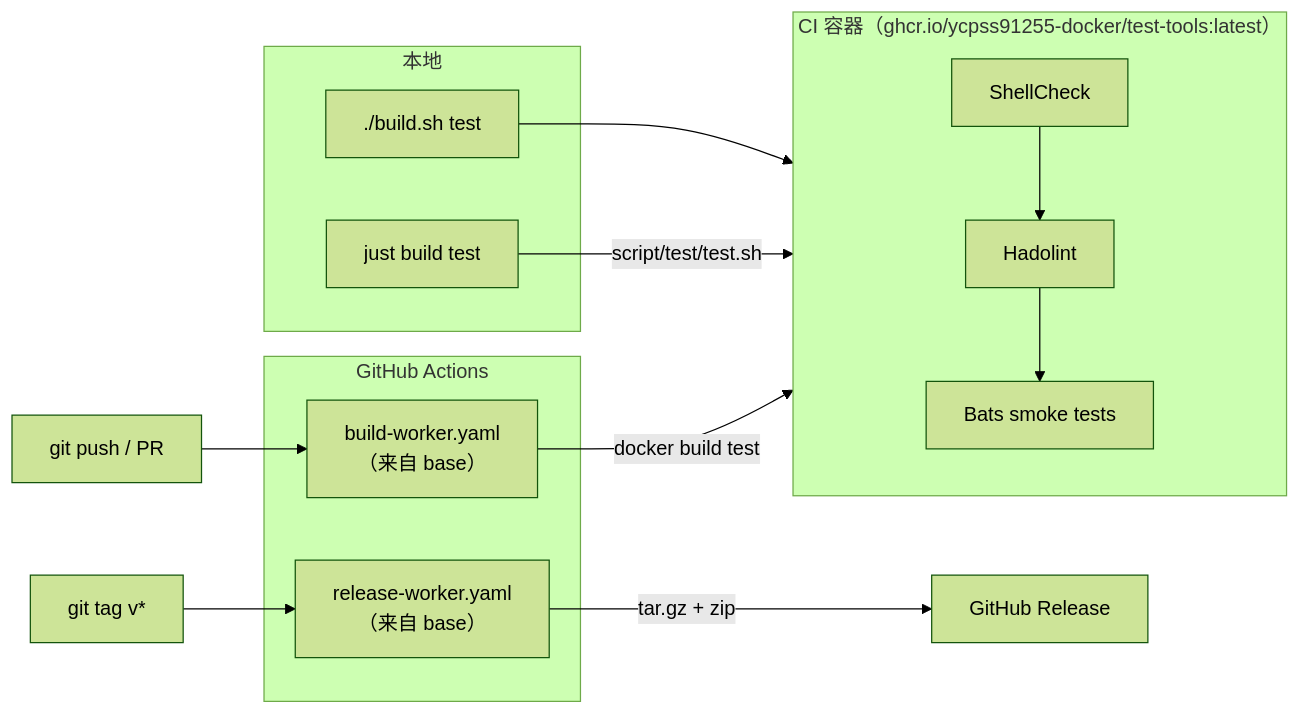
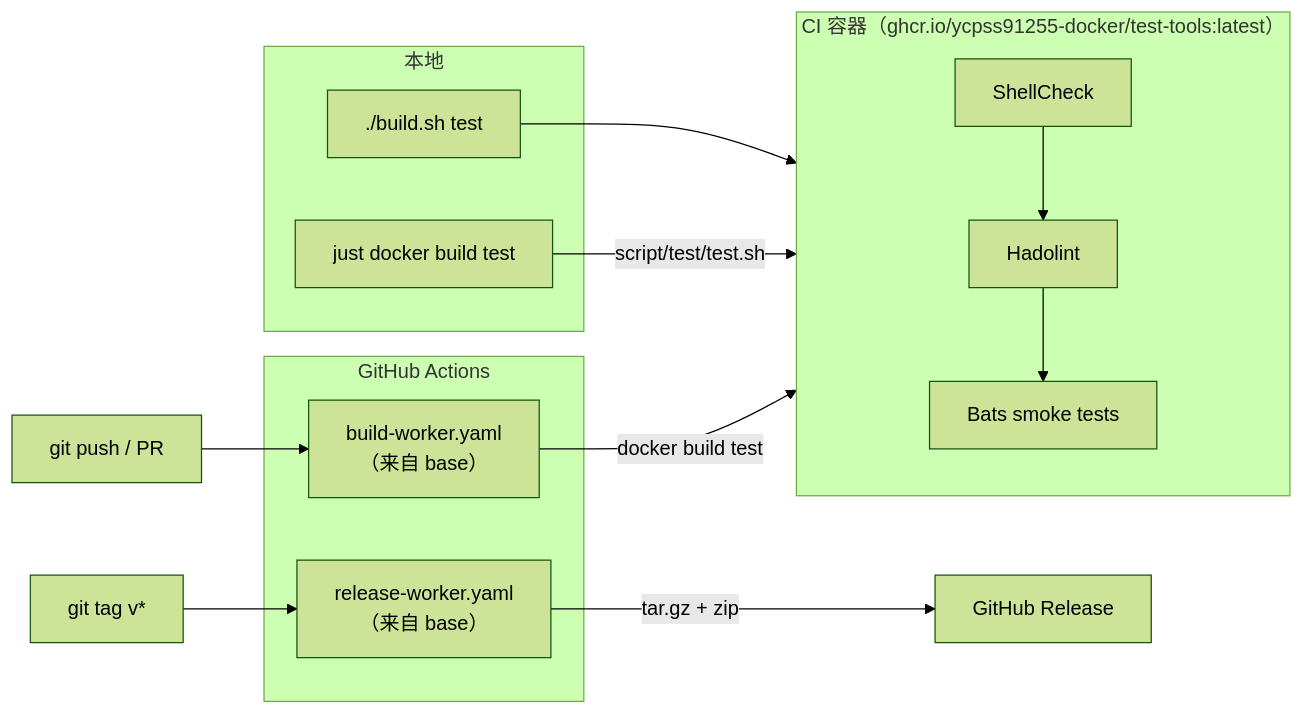
One commit to ycpss91255-docker/base changed the second of 2 diagrams in doc/readme/README.zh-CN.md. Above: the diagram before and after it, drawn with Mermaid (forest theme). The commit also changed other lines of this file and 15 other files, not shown here.

````diff
--- a/doc/readme/README.zh-CN.md
+++ b/doc/readme/README.zh-CN.md
@@ -104,27 +104,27 @@
 ```mermaid
 flowchart LR
     subgraph local["本地"]
         build_test["./build.sh test"]
-        make_test["just build test"]
+        make_test["just docker build test"]
     end
 
     subgraph ci_container["CI 容器（ghcr.io/ycpss91255-docker/test-tools:latest）"]
         shellcheck["ShellCheck"]
         hadolint["Hadolint"]
         bats["Bats smoke tests"]
     end
 
     subgraph github["GitHub Actions"]
         build_worker["build-worker.yaml<br/>（来自 base）"]
         release_worker["release-worker.yaml<br/>（来自 base）"]
     end
 
     build_test --> ci_container
     make_test -->|"script/test/test.sh"| ci_container
     shellcheck --> hadolint --> bats
 
     push["git push / PR"] --> build_worker
     build_worker -->|"docker build test"| ci_container
     tag["git tag v*"] --> release_worker
     release_worker -->|"tar.gz + zip"| release["GitHub Release"]
 ```
````
